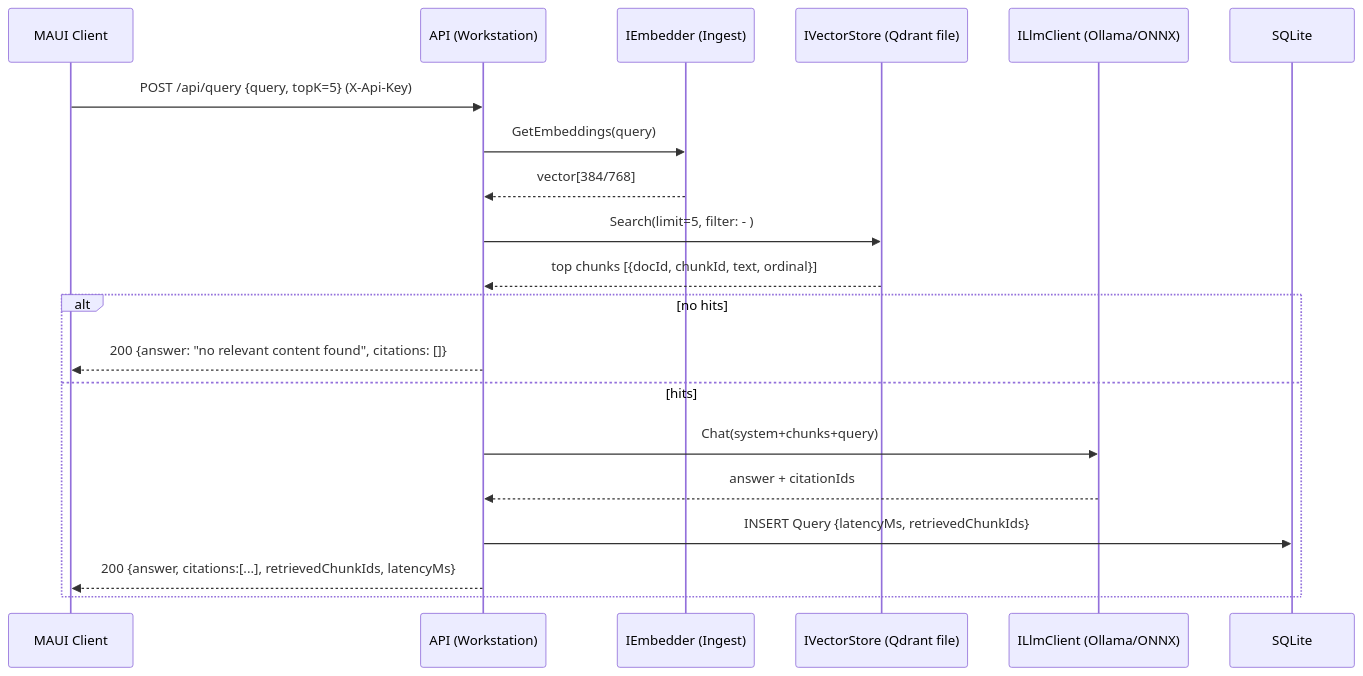
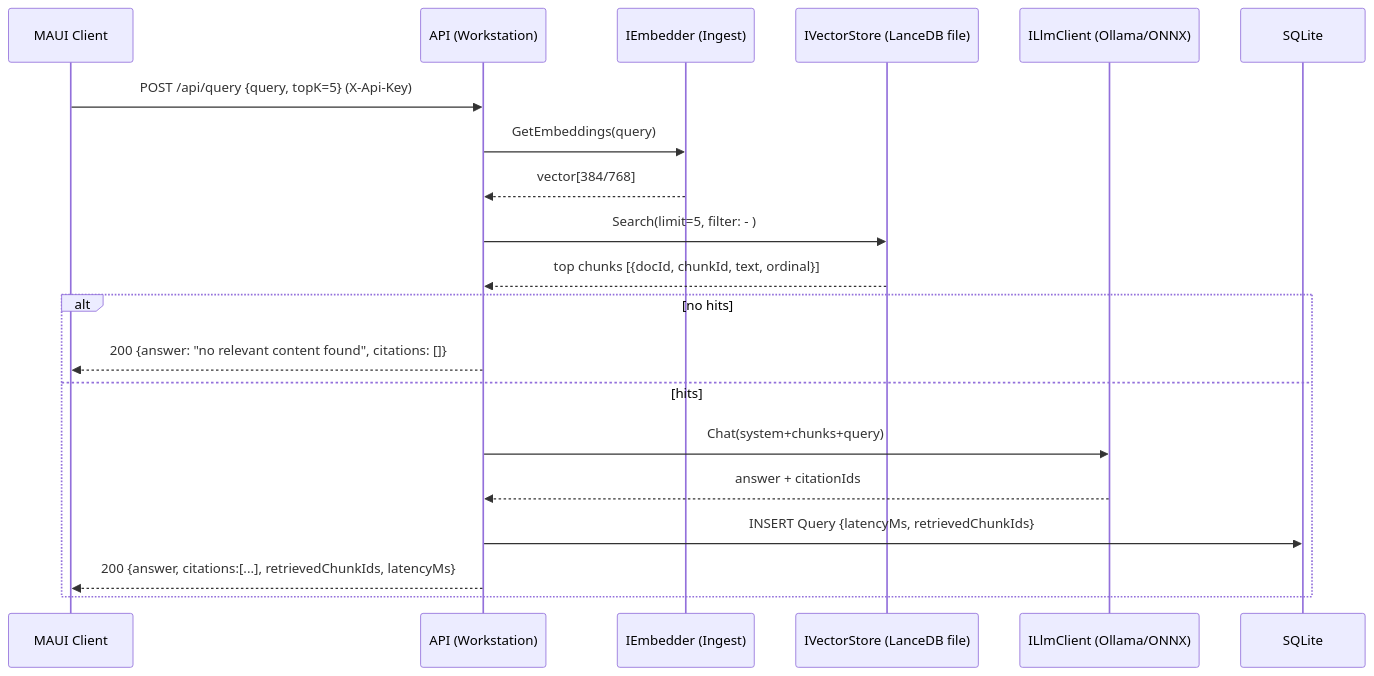
Before and after one commit to daskas-welt/raggit: the third of 4 diagrams in specs/001-offline-mode/architecture.md, drawn with Mermaid. The commit also changed other lines of this file and 19 other files, not shown here.

First line of the commit message:
refactor: switch vector store Qdrant -> LanceDB embedded (T008 fix)

````diff
--- a/specs/001-offline-mode/architecture.md
+++ b/specs/001-offline-mode/architecture.md
@@ -54,23 +54,23 @@
 ```mermaid
 sequenceDiagram
     participant C as MAUI Client
     participant A as API (Workstation)
     participant E as IEmbedder (Ingest)
-    participant V as IVectorStore (Qdrant file)
+    participant V as IVectorStore (LanceDB file)
     participant L as ILlmClient (Ollama/ONNX)
     participant D as SQLite
 
     C->>A: POST /api/query {query, topK=5} (X-Api-Key)
     A->>E: GetEmbeddings(query)
     E-->>A: vector[384/768]
     A->>V: Search(limit=5, filter: - )
     V-->>A: top chunks [{docId, chunkId, text, ordinal}]
     alt no hits
         A-->>C: 200 {answer: "no relevant content found", citations: []}
     else hits
         A->>L: Chat(system+chunks+query)
         L-->>A: answer + citationIds
         A->>D: INSERT Query {latencyMs, retrievedChunkIds}
         A-->>C: 200 {answer, citations:[...], retrievedChunkIds, latencyMs}
     end
 ```
````
